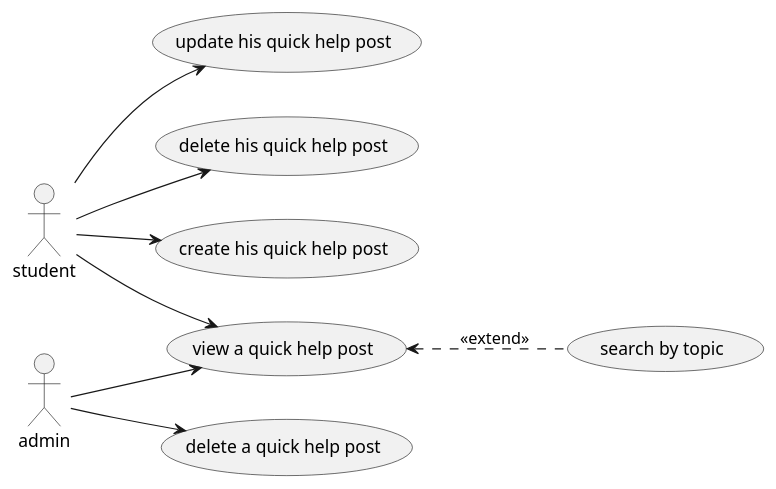
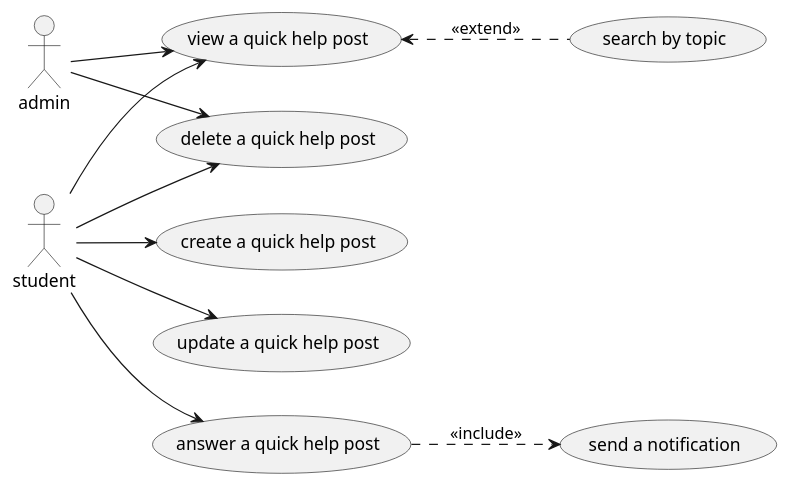
One commit to Guillaume-Dufour/coopToolProject changed the diagram in src/main/resources/demandeAigeUrgente.puml. Above: the diagram before and after it, drawn with PlantUML. The commit also changed 13 other files, not shown here.

```diff
--- a/src/main/resources/demandeAigeUrgente.puml
+++ b/src/main/resources/demandeAigeUrgente.puml
@@ -1,11 +1,13 @@
 @startuml
 left to right direction
 :student: --> (view a quick help post)
-:student: --> (create his quick help post)
-:student: --> (update his quick help post)
-:student: --> (delete his quick help post)
+:student: --> (create a quick help post)
+:student: --> (update a quick help post)
+:student: --> (delete a quick help post)
+:student: --> (answer a quick help post)
 :admin: --> (delete a quick help post)
 :admin: --> (view a quick help post)
 
 (view a quick help post) <.. (search by topic) : << extend >>
+(answer a quick help post) ..> (send a notification) : << include >>
 @enduml
```
